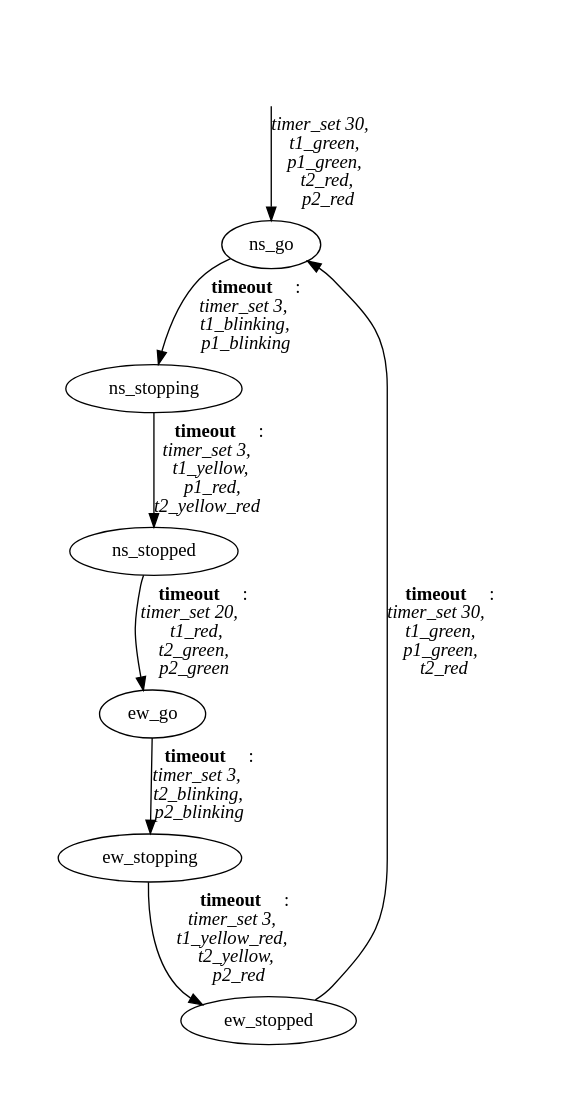
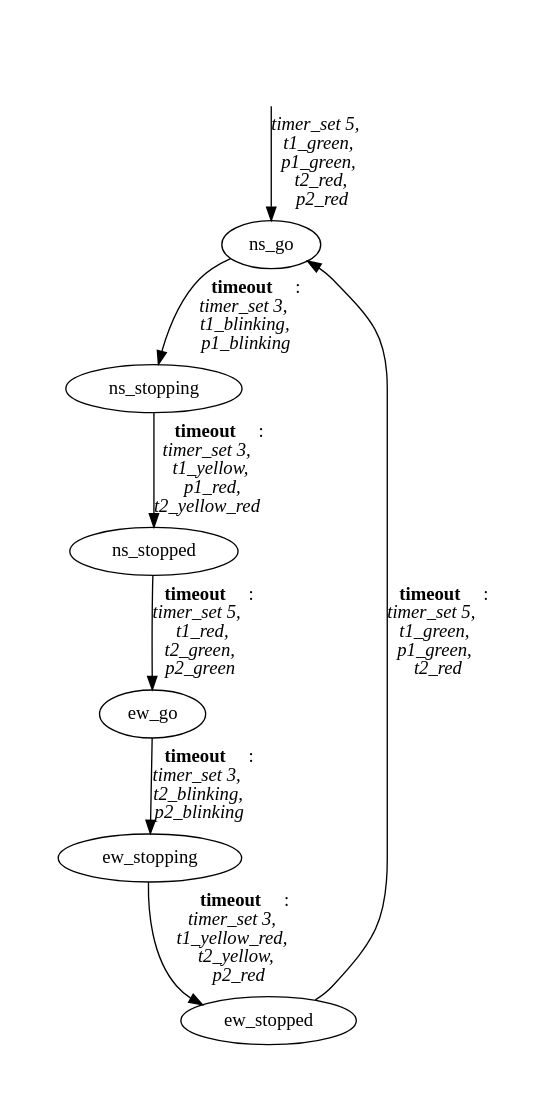
One commit to SipakovV/fsm-code-generator changed the diagram in finite_automata/transducers/dot_source_files/traffic_lights_no_btn.dot. Above: the diagram before and after it, drawn with Graphviz. The commit also changed 2 other files, not shown here.

```diff
--- a/finite_automata/transducers/dot_source_files/traffic_lights_no_btn.dot
+++ b/finite_automata/transducers/dot_source_files/traffic_lights_no_btn.dot
@@ -1,25 +1,25 @@
 // Traffic lights with button FSM
 digraph G {
 	nodesep=1 pad=0.5 ranksep=0
 	START [style=invis]
 	ns_stopped
 	ew_stopping
 	ns_go
 	ns_stopping
 	ew_stopped
 	ew_go
 	ns_go -> ns_stopping
 	    [label=<<b>timeout</b>:<br/><i>timer_set 3,<br/>t1_blinking,<br/>p1_blinking</i>>]
 	ns_stopping -> ns_stopped
 	    [label=<<b>timeout</b>:<br/><i>timer_set 3,<br/>t1_yellow,<br/>p1_red,<br/>t2_yellow_red</i>>]
 	ns_stopped -> ew_go
-	    [label=<<b>timeout</b>:<br/><i>timer_set 20,<br/>t1_red,<br/>t2_green,<br/>p2_green</i>>]
+	    [label=<<b>timeout</b>:<br/><i>timer_set 5,<br/>t1_red,<br/>t2_green,<br/>p2_green</i>>]
 	ew_go -> ew_stopping
 	    [label=<<b>timeout</b>:<br/><i>timer_set 3,<br/>t2_blinking,<br/>p2_blinking</i>>]
 	ew_stopping -> ew_stopped
 	    [label=<<b>timeout</b>:<br/><i>timer_set 3,<br/>t1_yellow_red,<br/>t2_yellow,<br/>p2_red</i>>]
 	ew_stopped -> ns_go
-	    [label=<<b>timeout</b>:<br/><i>timer_set 30,<br/>t1_green,<br/>p1_green,<br/>t2_red</i>>]
+	    [label=<<b>timeout</b>:<br/><i>timer_set 5,<br/>t1_green,<br/>p1_green,<br/>t2_red</i>>]
 	START -> ns_go
-	    [label=<<i>timer_set 30,<br/>t1_green,<br/>p1_green,<br/>t2_red,<br/>p2_red</i>>]
+	    [label=<<i>timer_set 5,<br/>t1_green,<br/>p1_green,<br/>t2_red,<br/>p2_red</i>>]
 }
```
